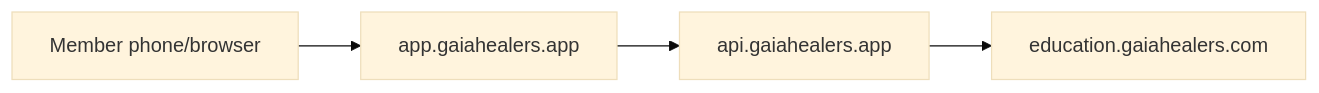
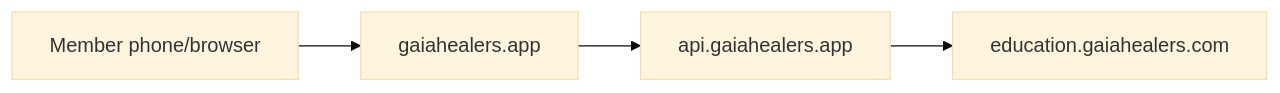
The diagram in docs/DOMAIN-SETUP.md (gaiagitshare/gaia-healers-mobile-app), drawn with Mermaid (base theme) before and after one commit. The commit also changed other lines of this file and 9 other files, not shown here.

First line of the commit message:
Use gaiahealers.app apex domain instead of app subdomain.

````diff
--- a/docs/DOMAIN-SETUP.md
+++ b/docs/DOMAIN-SETUP.md
@@ -15,10 +15,10 @@
 ```mermaid
 flowchart LR
   User[Member phone/browser]
-  App[app.gaiahealers.app]
+  App[gaiahealers.app]
   API[api.gaiahealers.app]
   GHL[education.gaiahealers.com]
   User --> App
   App --> API
   API --> GHL
 ```
````
